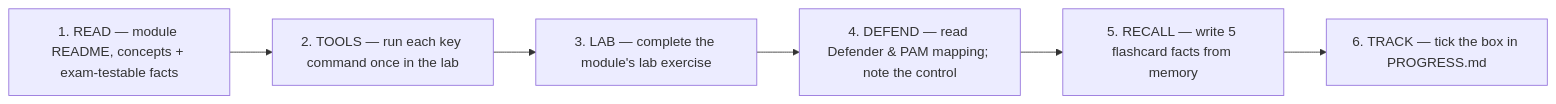
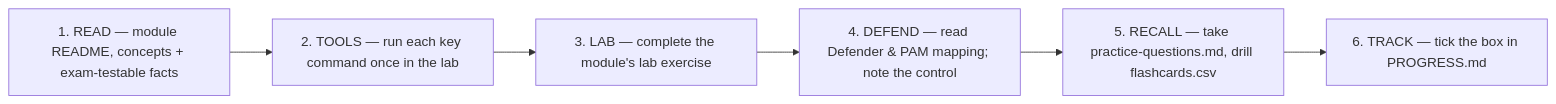
Before and after one commit to morandeirachema/CyberCerts: the diagram in certs/ceh/STUDY-PLAN.md, drawn with Mermaid. The commit also changed other lines of this file and 1 other file, not shown here.

````diff
--- a/certs/ceh/STUDY-PLAN.md
+++ b/certs/ceh/STUDY-PLAN.md
@@ -33,10 +38,10 @@
 ```mermaid
 flowchart LR
     S1["1. READ — module README, concepts + exam-testable facts"]
     S2["2. TOOLS — run each key command once in the lab"]
     S3["3. LAB — complete the module's lab exercise"]
     S4["4. DEFEND — read Defender & PAM mapping; note the control"]
-    S5["5. RECALL — write 5 flashcard facts from memory"]
+    S5["5. RECALL — take practice-questions.md, drill flashcards.csv"]
     S6["6. TRACK — tick the box in PROGRESS.md"]
     S1 --> S2 --> S3 --> S4 --> S5 --> S6
 ```
````
